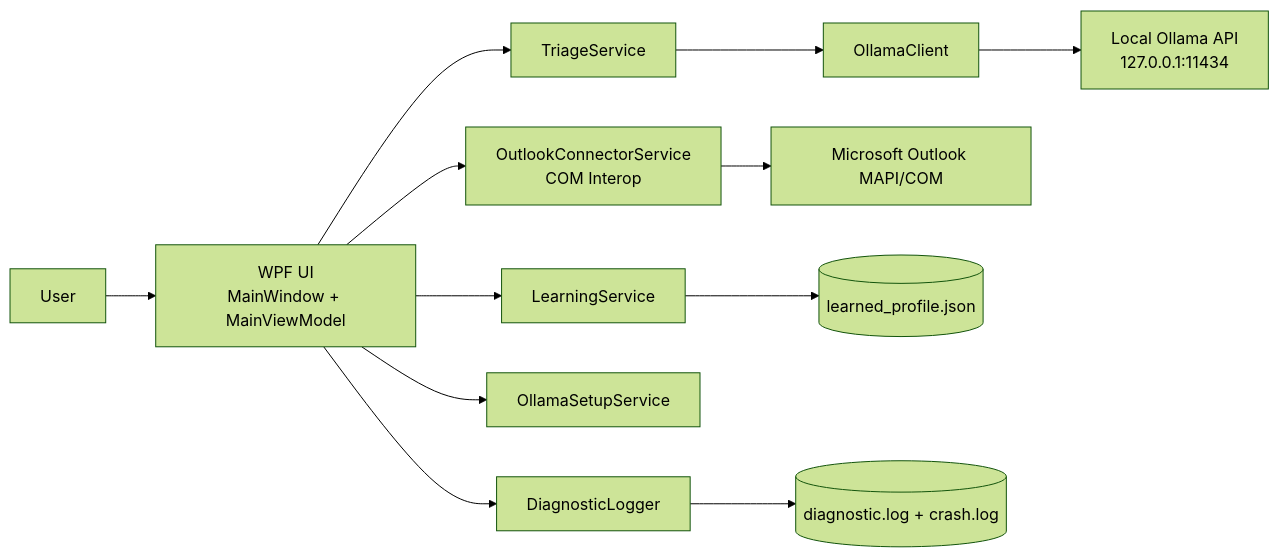
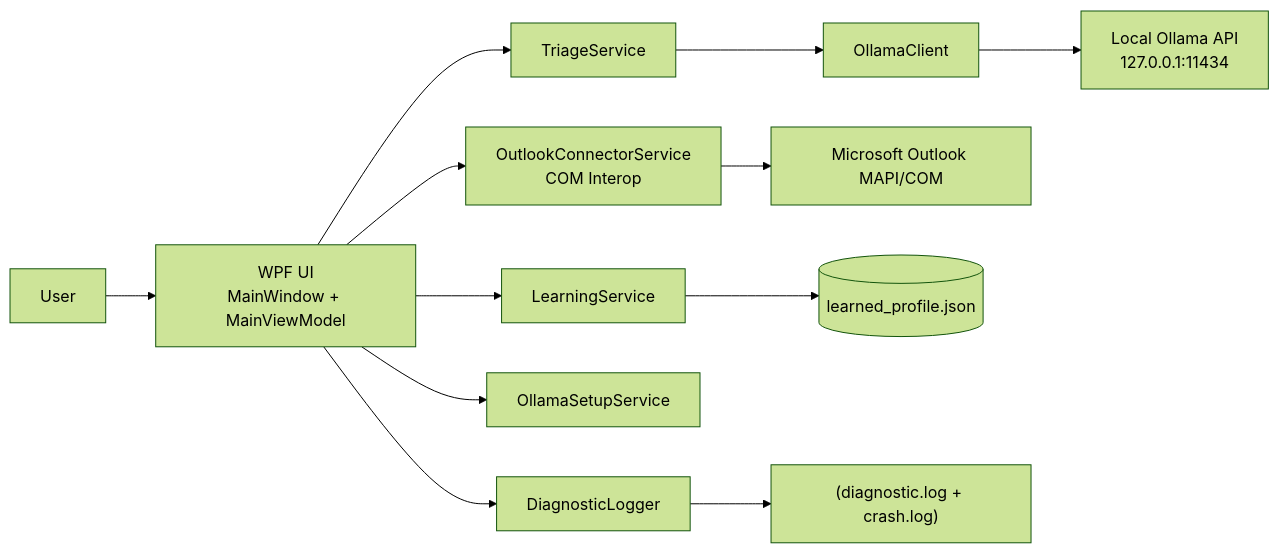
One commit to kbdarius/MailZen changed the first of 6 diagrams in Docs/MailZen_Architecture_and_User_Manual.md. Above: the diagram before and after it, drawn with Mermaid (forest theme). The commit also changed other lines of this file, not shown here.

Commit message:
Fix Mermaid diagrams 3.1 and 3.2 HTML rendering (quote labels, replace \n with <br/>)

````diff
--- a/Docs/MailZen_Architecture_and_User_Manual.md
+++ b/Docs/MailZen_Architecture_and_User_Manual.md
@@ -55,14 +55,14 @@
 ```mermaid
 graph LR
-    U[User] --> UI[WPF UI\nMainWindow + MainViewModel]
-    UI --> OCS[OutlookConnectorService\nCOM Interop]
+    U[User] --> UI["WPF UI<br/>MainWindow + MainViewModel"]
+    UI --> OCS["OutlookConnectorService<br/>COM Interop"]
     UI --> LS[LearningService]
     UI --> TS[TriageService]
     UI --> OSS[OllamaSetupService]
     TS --> OC[OllamaClient]
-    OC --> OA[Local Ollama API\n127.0.0.1:11434]
-    OCS --> O[Microsoft Outlook MAPI/COM]
+    OC --> OA["Local Ollama API<br/>127.0.0.1:11434"]
+    OCS --> O["Microsoft Outlook MAPI/COM"]
     LS --> LP[(learned_profile.json)]
     UI --> DL[DiagnosticLogger]
-    DL --> LOG[(diagnostic.log + crash.log)]
+    DL --> LOG["(diagnostic.log + crash.log)"]
 ```
````
